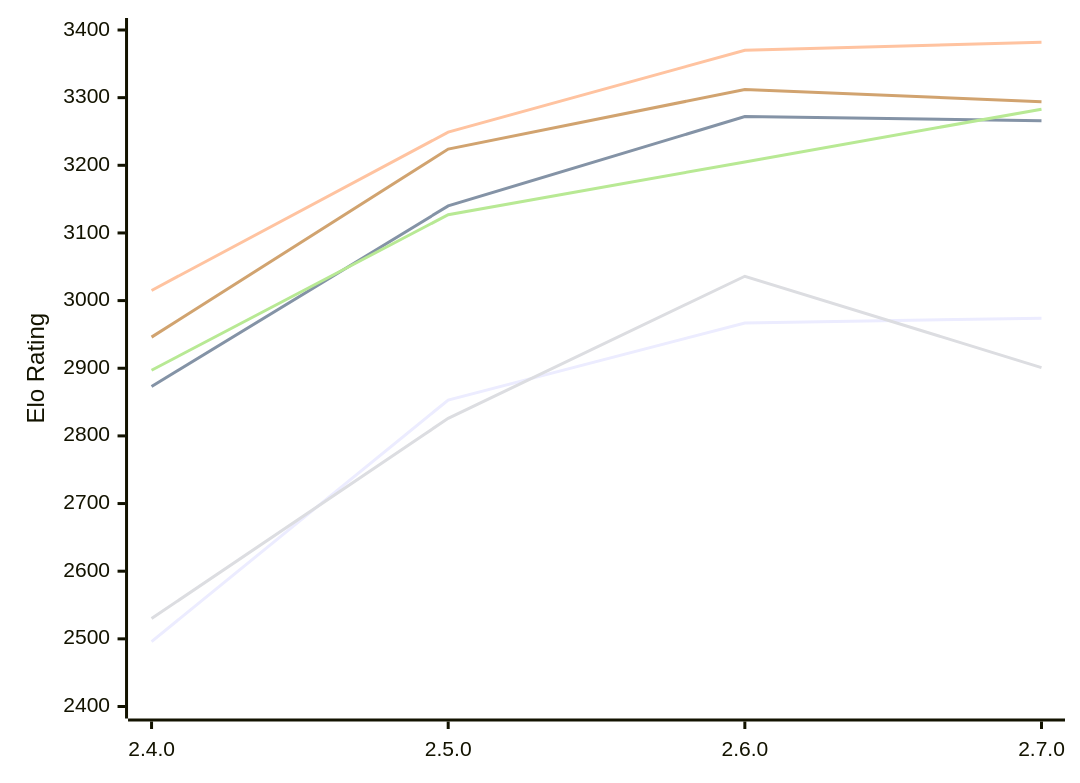
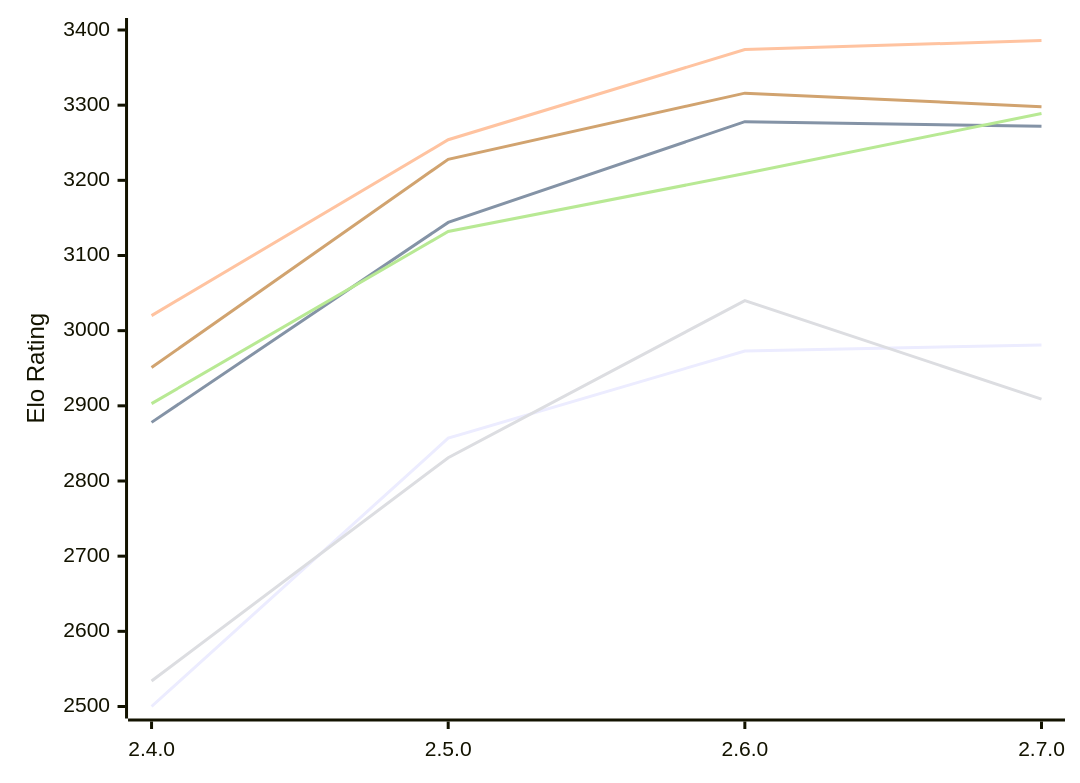
One commit to computer-chess-index/cci changed the diagram in engines/Rarog.md. Above: the diagram before and after it, drawn with Mermaid. The commit also changed other lines of this file, not shown here.

Commit message:
Update CCI Ratings (ELO VLTC) - 2026-11-20

````diff
--- a/engines/Rarog.md
+++ b/engines/Rarog.md
@@ -53,12 +53,12 @@
 ```mermaid
 %%{init: {"theme":"base","themeVariables":{"seriesColors:['#a3a3a3','#222221','#faa371']}}}%%
 xychart-beta
   x-axis ["2.4.0", "2.5.0", "2.6.0", "2.7.0"]
-  y-axis "Elo Rating" 2400 --> 3400
-  line "E1: STC (8.0+0.08s)" [2496, 2853, 2967, 2974]
-  line "E1: LTC (60.0+0.60s)" [2873, 3140, 3272, 3266]
-  line "E1: VLTC (2m24s+1.12s)" [3015, 3249, 3370, 3382]
-  line "P1: STC (8.0+0.08s)" [2530, 2826, 3036, 2901]
-  line "P1: LTC (60.0+0.60s)" [2897, 3127, 3205, 3283]
-  line "P1: VLTC (2m24s+1.12s)" [2946, 3224, 3312, 3294]
+  y-axis "Elo Rating" 2500 --> 3400
+  line "E1: STC (8.0+0.08s)" [2500, 2857, 2973, 2981]
+  line "E1: LTC (60.0+0.60s)" [2878, 3144, 3278, 3272]
+  line "E1: VLTC (2m24s+1.12s)" [3020, 3254, 3374, 3386]
+  line "P1: STC (8.0+0.08s)" [2534, 2831, 3040, 2909]
+  line "P1: LTC (60.0+0.60s)" [2903, 3132, 3209, 3289]
+  line "P1: VLTC (2m24s+1.12s)" [2951, 3228, 3316, 3298]
 ```
````
